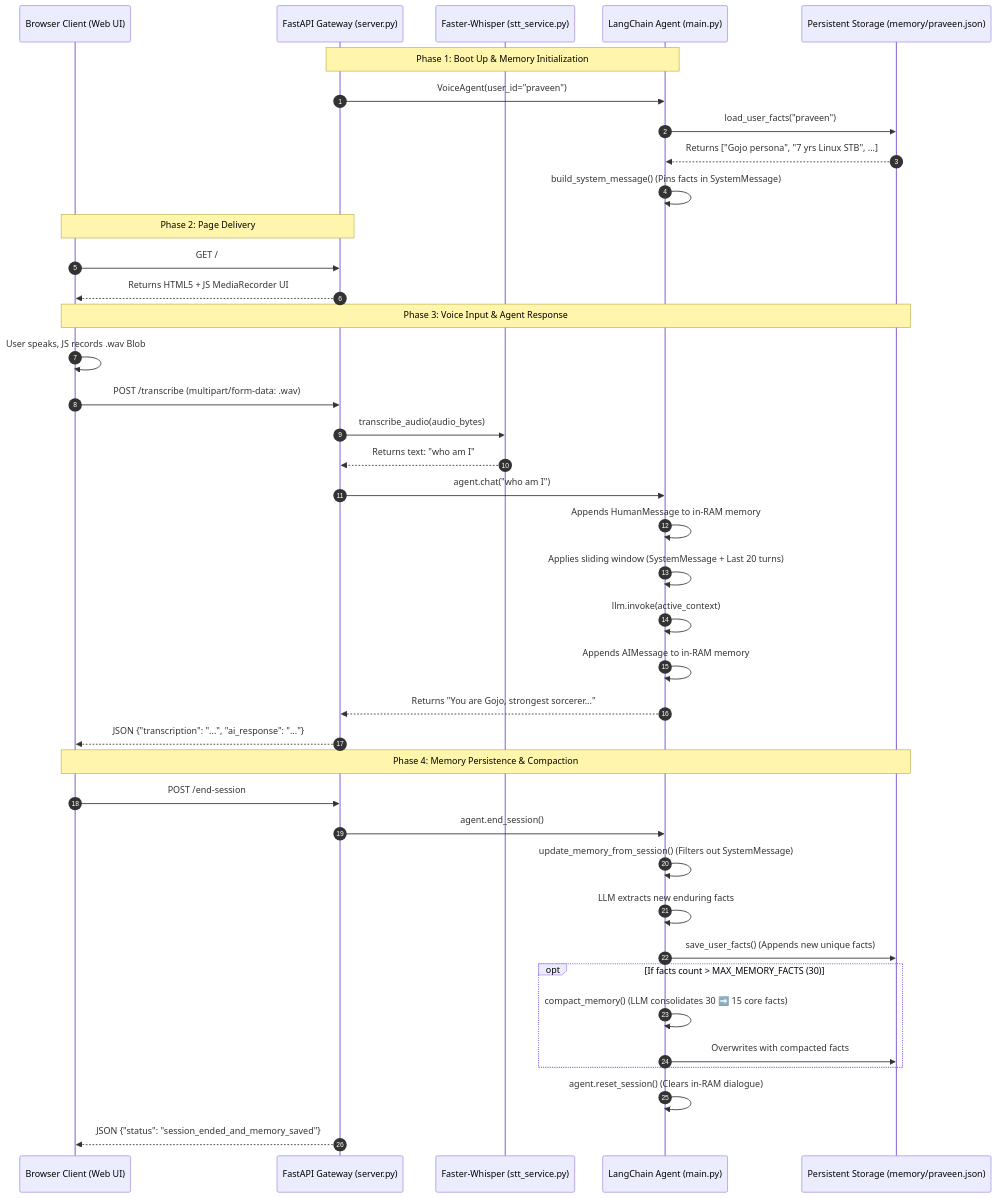
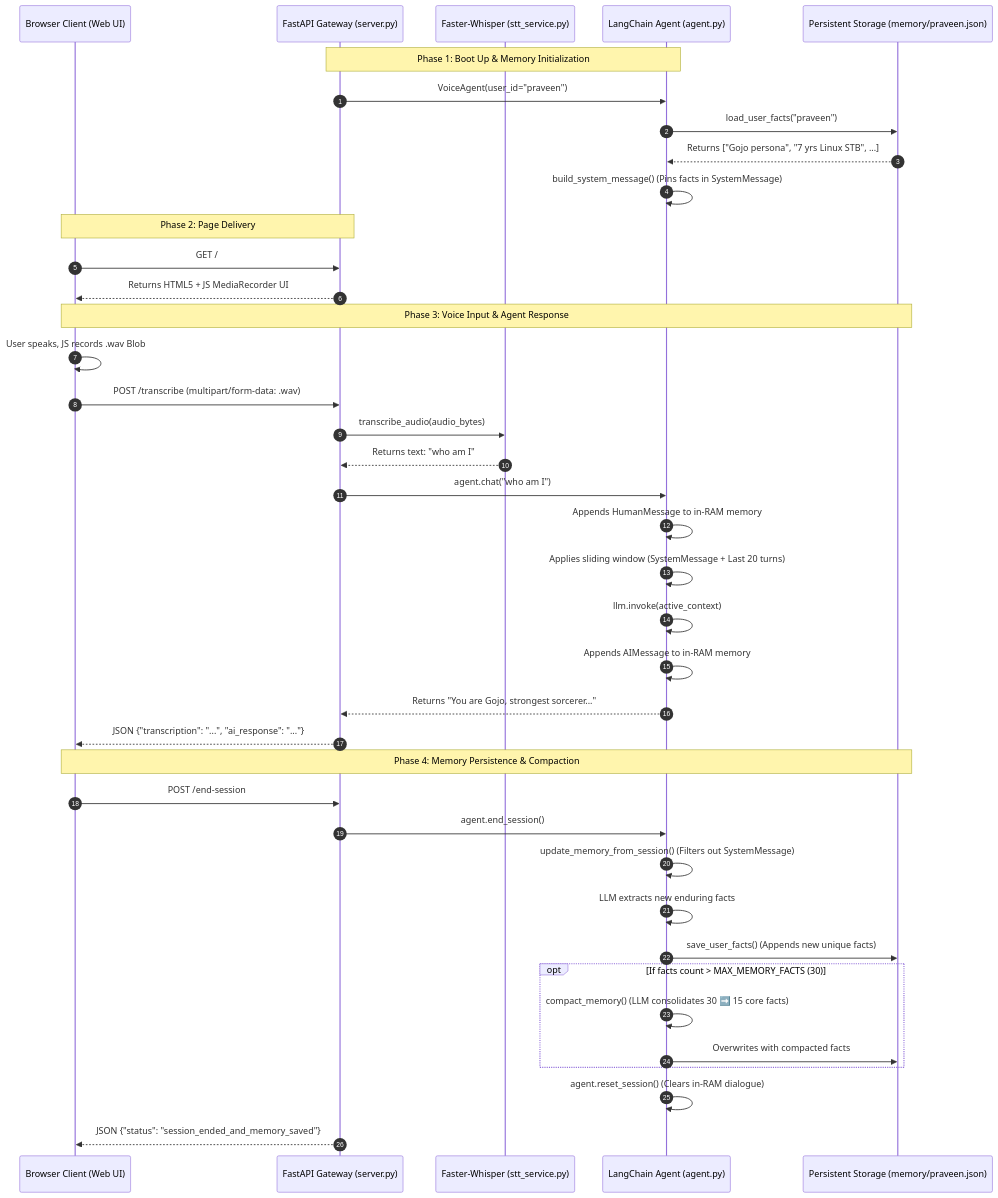
The diagram in langchainAgent/docs/CODE_FLOW_AND_API.md (lilkiddy/AI), drawn with Mermaid before and after one commit. The commit also changed other lines of this file and 7 other files, not shown here.

````diff
--- a/langchainAgent/docs/CODE_FLOW_AND_API.md
+++ b/langchainAgent/docs/CODE_FLOW_AND_API.md
@@ -31,45 +31,45 @@
 ```mermaid
 sequenceDiagram
     autonumber
     participant Browser as Browser Client (Web UI)
     participant Server as FastAPI Gateway (server.py)
     participant STT as Faster-Whisper (stt_service.py)
-    participant Agent as LangChain Agent (main.py)
+    participant Agent as LangChain Agent (agent.py)
     participant Disk as Persistent Storage (memory/praveen.json)
 
     Note over Server,Agent: Phase 1: Boot Up & Memory Initialization
     Server->>Agent: VoiceAgent(user_id="praveen")
     Agent->>Disk: load_user_facts("praveen")
     Disk-->>Agent: Returns ["Gojo persona", "7 yrs Linux STB", ...]
     Agent->>Agent: build_system_message() (Pins facts in SystemMessage)
 
     Note over Browser,Server: Phase 2: Page Delivery
     Browser->>Server: GET /
     Server-->>Browser: Returns HTML5 + JS MediaRecorder UI
 
     Note over Browser,Disk: Phase 3: Voice Input & Agent Response
     Browser->>Browser: User speaks, JS records .wav Blob
     Browser->>Server: POST /transcribe (multipart/form-data: .wav)
     Server->>STT: transcribe_audio(audio_bytes)
     STT-->>Server: Returns text: "who am I"
     Server->>Agent: agent.chat("who am I")
     Agent->>Agent: Appends HumanMessage to in-RAM memory
     Agent->>Agent: Applies sliding window (SystemMessage + Last 20 turns)
     Agent->>Agent: llm.invoke(active_context)
     Agent->>Agent: Appends AIMessage to in-RAM memory
     Agent-->>Server: Returns "You are Gojo, strongest sorcerer..."
     Server-->>Browser: JSON {"transcription": "...", "ai_response": "..."}
 
     Note over Browser,Disk: Phase 4: Memory Persistence & Compaction
     Browser->>Server: POST /end-session
     Server->>Agent: agent.end_session()
     Agent->>Agent: update_memory_from_session() (Filters out SystemMessage)
     Agent->>Agent: LLM extracts new enduring facts
     Agent->>Disk: save_user_facts() (Appends new unique facts)
     opt If facts count > MAX_MEMORY_FACTS (30)
         Agent->>Agent: compact_memory() (LLM consolidates 30 ➡️ 15 core facts)
         Agent->>Disk: Overwrites with compacted facts
     end
     Agent->>Agent: agent.reset_session() (Clears in-RAM dialogue)
     Server-->>Browser: JSON {"status": "session_ended_and_memory_saved"}
 ```
````
